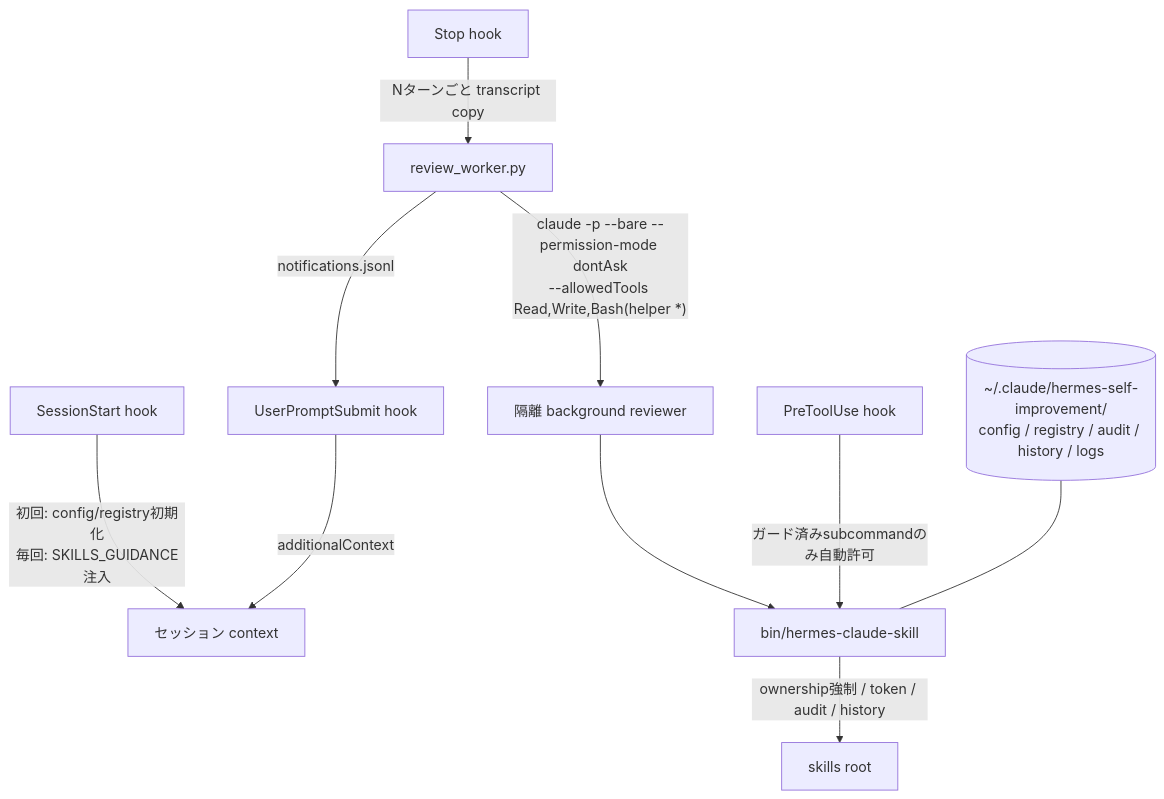
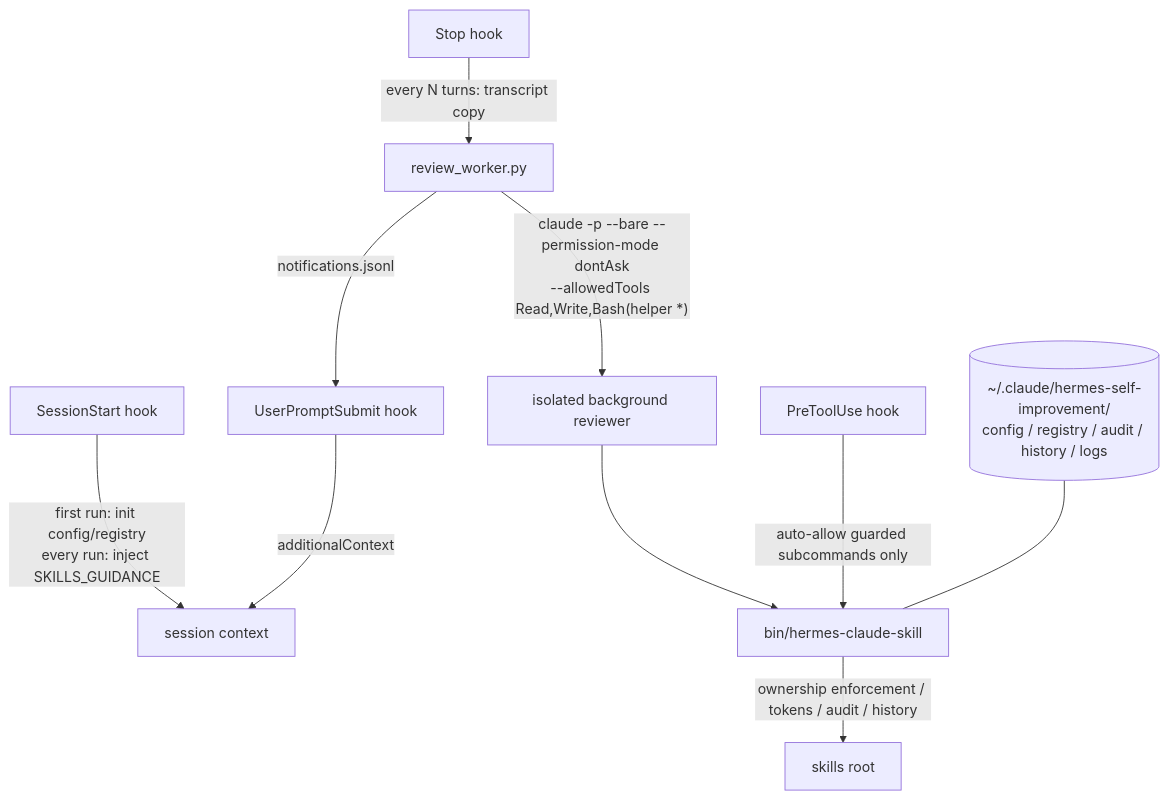
Before and after one commit to lilpacy/hermes-self-improvement-claude-plugin: the first of 5 diagrams in README.md, drawn with Mermaid. The commit also changed other lines of this file and 1 other file, not shown here.

Commit message:
Make README English-first with Japanese version at README.ja.md

````diff
--- a/README.md
+++ b/README.md
@@ -27,12 +18,12 @@
 ```mermaid
 flowchart TD
-  SS[SessionStart hook] -- "初回: config/registry初期化\n毎回: SKILLS_GUIDANCE注入" --> CTX[セッション context]
-  ST[Stop hook] -- "Nターンごと transcript copy" --> RW[review_worker.py]
-  RW -- "claude -p --bare --permission-mode dontAsk\n--allowedTools Read,Write,Bash(helper *)" --> BG[隔離 background reviewer]
+  SS[SessionStart hook] -- "first run: init config/registry\nevery run: inject SKILLS_GUIDANCE" --> CTX[session context]
+  ST[Stop hook] -- "every N turns: transcript copy" --> RW[review_worker.py]
+  RW -- "claude -p --bare --permission-mode dontAsk\n--allowedTools Read,Write,Bash(helper *)" --> BG[isolated background reviewer]
   BG --> HL[bin/hermes-claude-skill]
-  HL -- "ownership強制 / token / audit / history" --> SK[skills root]
+  HL -- "ownership enforcement / tokens / audit / history" --> SK[skills root]
   RW -- notifications.jsonl --> UP[UserPromptSubmit hook]
   UP -- additionalContext --> CTX
-  PT[PreToolUse hook] -- "ガード済みsubcommandのみ自動許可" --> HL
+  PT[PreToolUse hook] -- "auto-allow guarded subcommands only" --> HL
   DATA[(~/.claude/hermes-self-improvement/\nconfig / registry / audit / history / logs)] --- HL
 ```
````
